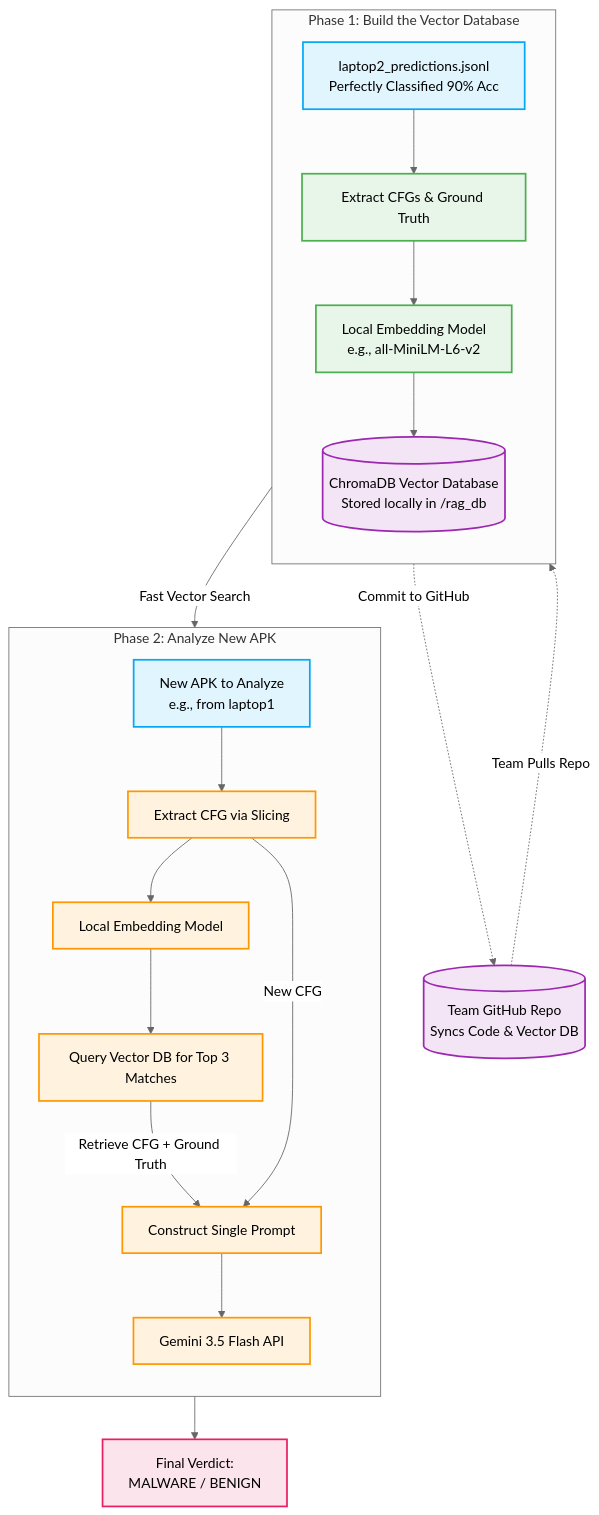
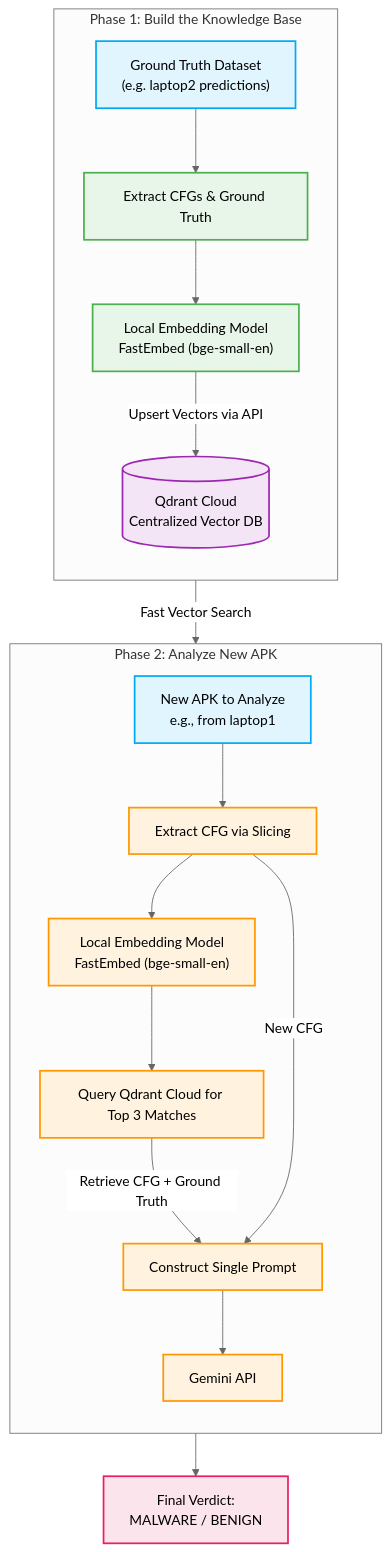
Before and after one commit to arpitsng/AndMAL_Detector: the diagram in rag_flowchart.md, drawn with Mermaid (neutral theme). The commit also changed other lines of this file and 9 other files, not shown here.

````diff
--- a/rag_flowchart.md
+++ b/rag_flowchart.md
@@ -5,40 +5,36 @@
 ```mermaid
 graph TD
     %% Define Styles
     classDef input fill:#e1f5fe,stroke:#03a9f4,stroke-width:2px,color:#000000;
     classDef offline fill:#e8f5e9,stroke:#4caf50,stroke-width:2px,color:#000000;
     classDef online fill:#fff3e0,stroke:#ff9800,stroke-width:2px,color:#000000;
     classDef final fill:#fce4ec,stroke:#e91e63,stroke-width:2px,color:#000000;
     classDef db fill:#f3e5f5,stroke:#9c27b0,stroke-width:2px,color:#000000;
 
-    %% Team Sync
-    GitSync[("Team GitHub Repo<br>Syncs Code & Vector DB")]:::db
+    %% Database
+    Qdrant[("Qdrant Cloud<br>Centralized Vector DB")]:::db
 
     %% Offline Phase
-    subgraph Offline_Phase [Phase 1: Build the Vector Database]
+    subgraph Offline_Phase [Phase 1: Build the Knowledge Base]
         direction TB
-        L2["laptop2_predictions.jsonl<br>Perfectly Classified 90% Acc"]:::input --> Ext["Extract CFGs & Ground Truth"]:::offline
-        Ext --> Emb1["Local Embedding Model<br>e.g., all-MiniLM-L6-v2"]:::offline
-        Emb1 --> DB[("ChromaDB Vector Database<br>Stored locally in /rag_db")]:::db
+        L2["Ground Truth Dataset<br>(e.g. laptop2 predictions)"]:::input --> Ext["Extract CFGs & Ground Truth"]:::offline
+        Ext --> Emb1["Local Embedding Model<br>FastEmbed (bge-small-en)"]:::offline
+        Emb1 --> |"Upsert Vectors via API"| Qdrant
     end
-
-    %% Sync DB via Git
-    DB -.-> |"Commit to GitHub"| GitSync
-    GitSync -.-> |"Team Pulls Repo"| DB
 
     %% Online Phase
     subgraph Online_Phase [Phase 2: Analyze New APK]
         direction TB
         NewAPK["New APK to Analyze<br>e.g., from laptop1"]:::input --> Slicer["Extract CFG via Slicing"]:::online
-        Slicer --> Emb2["Local Embedding Model"]:::online
-        Emb2 --> Query["Query Vector DB for Top 3 Matches"]:::online
+        Slicer --> Emb2["Local Embedding Model<br>FastEmbed (bge-small-en)"]:::online
+        Emb2 --> Query["Query Qdrant Cloud for Top 3 Matches"]:::online
         Query --> |"Retrieve CFG + Ground Truth"| Prompt["Construct Single Prompt"]:::online
-        Prompt --> LLM["Gemini 3.5 Flash API"]:::online
+        Prompt --> LLM["Gemini API"]:::online
     end
 
     %% Connections
-    DB --> |"Fast Vector Search"| Query
+    Qdrant --> |"Fast Vector Search"| Query
     Slicer --> |"New CFG"| Prompt
     
     LLM --> Verdict["Final Verdict:<br>MALWARE / BENIGN"]:::final
 ```
````
